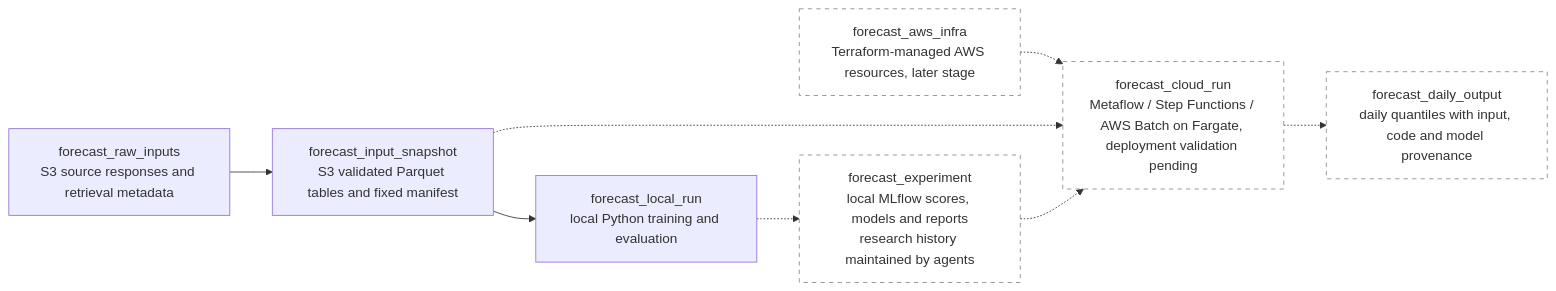
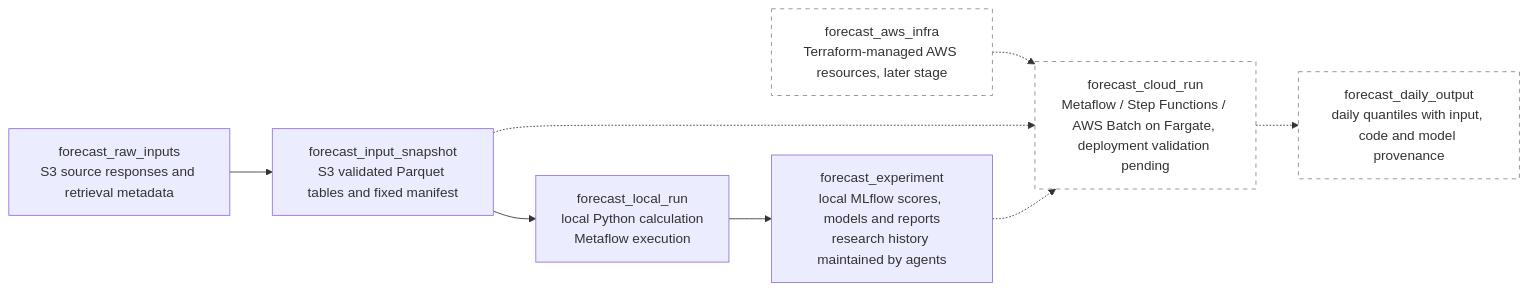
One commit to zoltanmaric/coppersushi changed the diagram in wiki/price-forecasting.md. Above: the diagram before and after it, drawn with Mermaid. The commit also changed other lines of this file and 10 other files, not shown here.

Commit message:
Isolate forecast execution tracking and reproduction

````diff
--- a/wiki/price-forecasting.md
+++ b/wiki/price-forecasting.md
@@ -17,22 +17,22 @@
 ```mermaid
 flowchart LR
     classDef planned stroke-dasharray: 5 5,stroke:#888,fill:none
 
     forecast_raw_inputs["forecast_raw_inputs<br/>S3 source responses and retrieval metadata"]
     forecast_input_snapshot["forecast_input_snapshot<br/>S3 validated Parquet tables and fixed manifest"]
-    forecast_local_run["forecast_local_run<br/>local Python training and evaluation"]
-    forecast_experiment["forecast_experiment<br/>local MLflow scores, models and reports<br/>research history maintained by agents"]:::planned
+    forecast_local_run["forecast_local_run<br/>local Python calculation<br/>Metaflow execution"]
+    forecast_experiment["forecast_experiment<br/>local MLflow scores, models and reports<br/>research history maintained by agents"]
 
     forecast_raw_inputs --> forecast_input_snapshot
     forecast_input_snapshot --> forecast_local_run
-    forecast_local_run -.-> forecast_experiment
+    forecast_local_run --> forecast_experiment
 
     forecast_aws_infra["forecast_aws_infra<br/>Terraform-managed AWS resources, later stage"]:::planned
     forecast_cloud_run["forecast_cloud_run<br/>Metaflow / Step Functions / AWS Batch on Fargate, deployment validation pending"]:::planned
     forecast_daily_output["forecast_daily_output<br/>daily quantiles with input, code and model provenance"]:::planned
 
     forecast_aws_infra -.-> forecast_cloud_run
     forecast_input_snapshot -.-> forecast_cloud_run
     forecast_experiment -.-> forecast_cloud_run
     forecast_cloud_run -.-> forecast_daily_output
 ```
````
